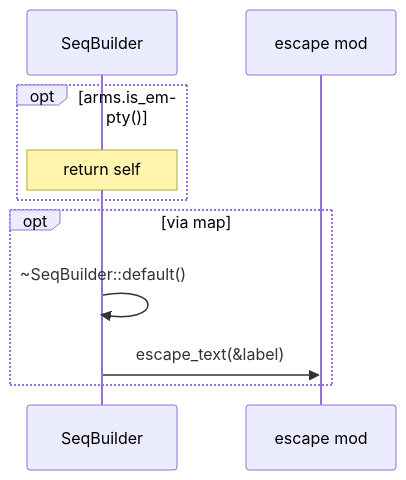
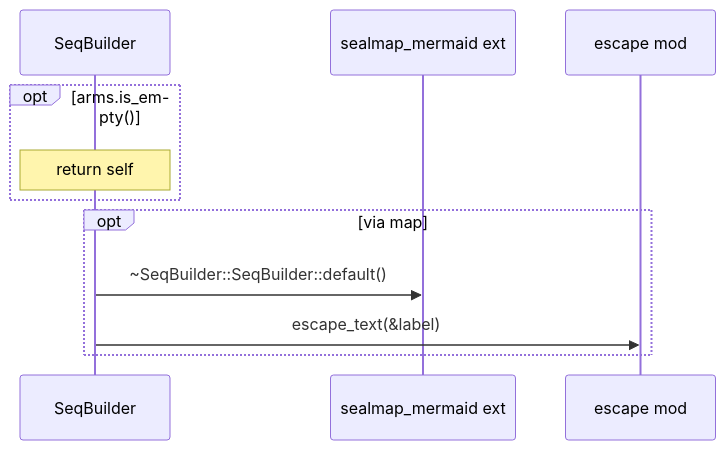
The seventh of 13 diagrams in docs/sealmap/crates/sealmap-mermaid/src/sequence.rs.md (DreamLab-AI/codemaid), drawn with Mermaid before and after one commit. The commit also changed other lines of this file and 45 other files, not shown here.

First line of the commit message:
docs: regenerate the self-corpus for sym: ids and schema v2

````diff
--- a/docs/sealmap/crates/sealmap-mermaid/src/sequence.rs.md
+++ b/docs/sealmap/crates/sealmap-mermaid/src/sequence.rs.md
@@ -142,12 +143,13 @@
 ```mermaid
 sequenceDiagram
-  participant sealmap_mermaid__sequence__SeqBuilder as SeqBuilder
+  participant sealmap_mermaid__sequence___tSeqBuilder as SeqBuilder
+  participant _sealmap_mermaid as sealmap_mermaid ext
   participant sealmap_mermaid__escape as escape mod
   opt arms.is_empty()
-    Note over sealmap_mermaid__sequence__SeqBuilder: return self
+    Note over sealmap_mermaid__sequence___tSeqBuilder: return self
   end
   opt via map
-    sealmap_mermaid__sequence__SeqBuilder->>sealmap_mermaid__sequence__SeqBuilder: ~SeqBuilder::default()
-    sealmap_mermaid__sequence__SeqBuilder->>sealmap_mermaid__escape: escape_text(&label)
+    sealmap_mermaid__sequence___tSeqBuilder->>_sealmap_mermaid: ~SeqBuilder::SeqBuilder::default()
+    sealmap_mermaid__sequence___tSeqBuilder->>sealmap_mermaid__escape: escape_text(&label)
   end
 ```
````
